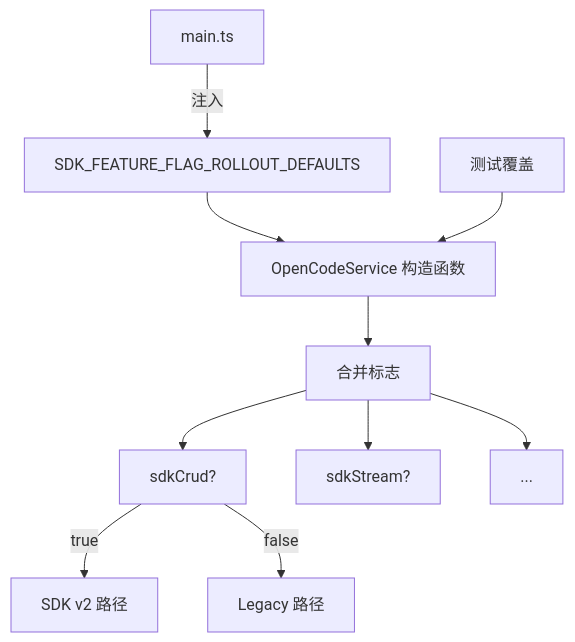
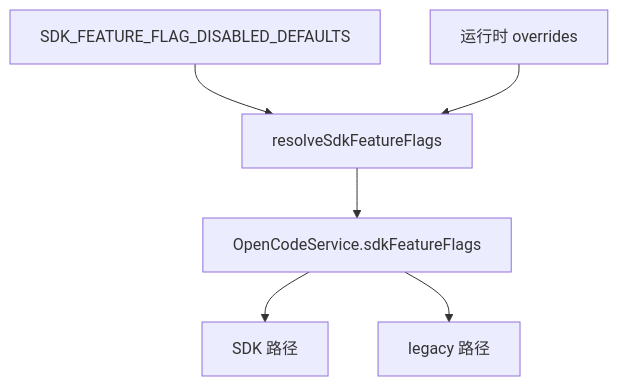
One commit to OCDcreator/opencodian changed the diagram in docs/modules/core/opencode/sdkFeatureFlags.md. Above: the diagram before and after it, drawn with Mermaid. The commit also changed other lines of this file and 98 other files, not shown here.

````diff
--- a/docs/modules/core/opencode/sdkFeatureFlags.md
+++ b/docs/modules/core/opencode/sdkFeatureFlags.md
@@ -68,12 +83,8 @@
 ```mermaid
 graph TD
-    A[main.ts] -->|注入| B[SDK_FEATURE_FLAG_ROLLOUT_DEFAULTS]
-    B --> C[OpenCodeService 构造函数]
-    D[测试覆盖] --> C
-    C --> E[合并标志]
-    E --> F[sdkCrud?]
-    E --> G[sdkStream?]
-    E --> H[...]
-    F -->|true| I[SDK v2 路径]
-    F -->|false| J[Legacy 路径]
+    A[SDK_FEATURE_FLAG_DISABLED_DEFAULTS] --> C[resolveSdkFeatureFlags]
+    B[运行时 overrides] --> C
+    C --> D[OpenCodeService.sdkFeatureFlags]
+    D --> E[SDK 路径]
+    D --> F[legacy 路径]
 ```
````
